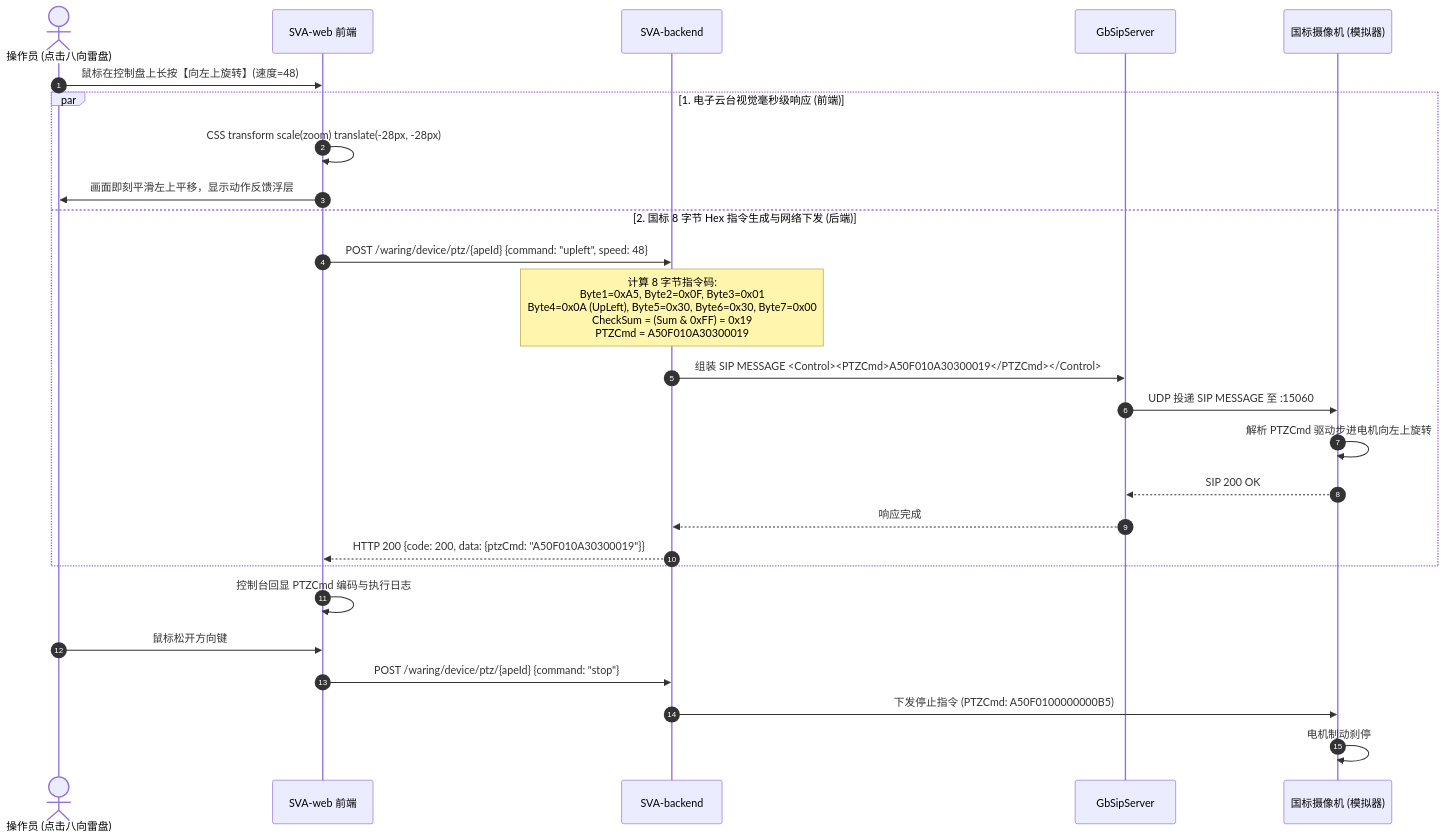
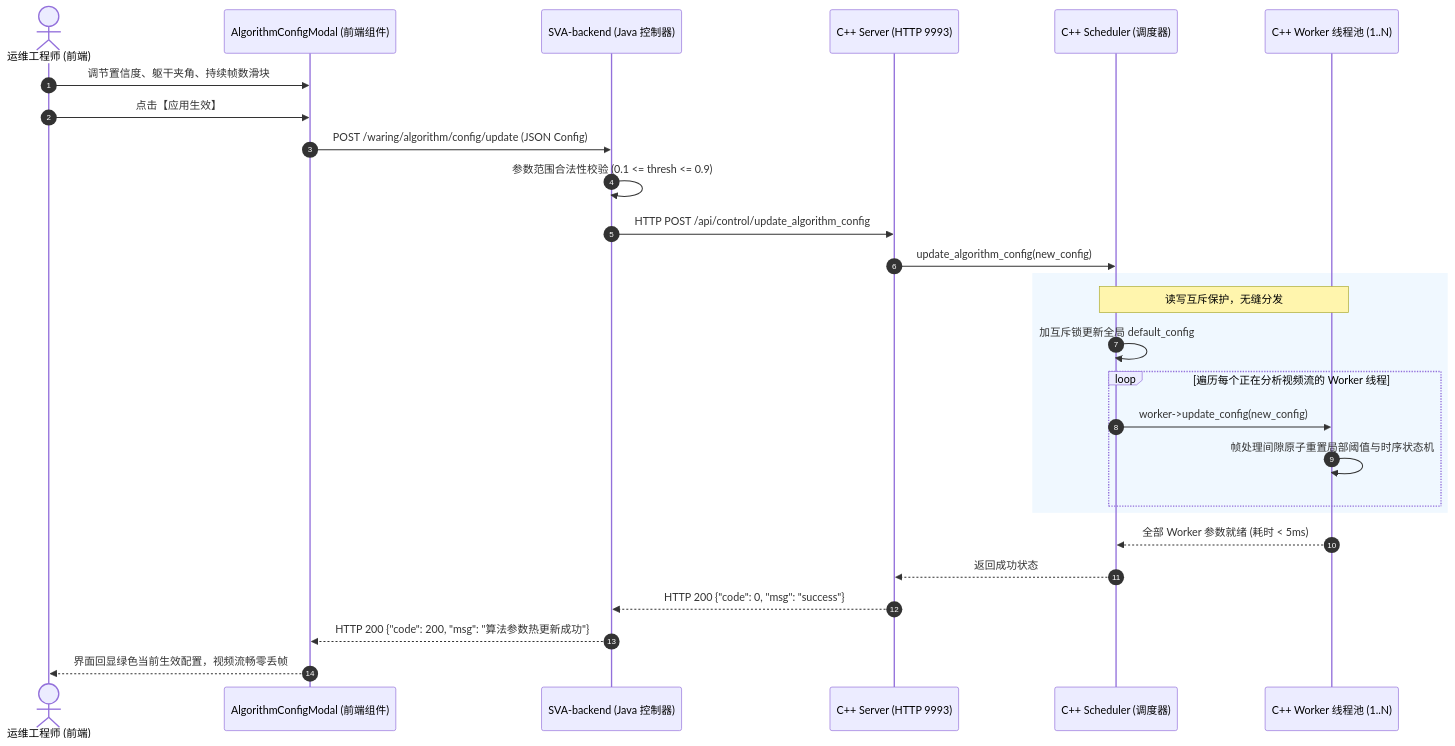
The third of 4 diagrams in docs/course_deliverables/09_架构图.md (Elaina168/easySVA), drawn with Mermaid before and after one commit. The commit also changed other lines of this file and 10 other files, not shown here.

Commit message:
docs: 交付 v2.5 全套软件工程设计、测试与运维规范文档及架构图集

````diff
--- a/docs/course_deliverables/09_架构图.md
+++ b/docs/course_deliverables/09_架构图.md
@@ -221,32 +142,30 @@
 ```mermaid
 sequenceDiagram
     autonumber
-    actor User as 操作员 (点击八向雷盘)
-    participant Web as SVA-web 前端
-    participant Java as SVA-backend
-    participant SIP as GbSipServer
-    participant IPC as 国标摄像机 (模拟器)
+    actor Engineer as 运维工程师 (前端)
+    participant UI as AlgorithmConfigModal (前端组件)
+    participant Java as SVA-backend (Java 控制器)
+    participant Server as C++ Server (HTTP 9993)
+    participant Sched as C++ Scheduler (调度器)
+    participant Worker as C++ Worker 线程池 (1..N)
 
-    User->>Web: 鼠标在控制盘上长按【向左上旋转】(速度=48)
-    
-    par 1. 电子云台视觉毫秒级响应 (前端)
-        Web->>Web: CSS transform scale(zoom) translate(-28px, -28px)
-        Web->>User: 画面即刻平滑左上平移，显示动作反馈浮层
-    and 2. 国标 8 字节 Hex 指令生成与网络下发 (后端)
-        Web->>Java: POST /waring/device/ptz/{apeId} {command: "upleft", speed: 48}
-        Note over Java: 计算 8 字节指令码:<br/>Byte1=0xA5, Byte2=0x0F, Byte3=0x01<br/>Byte4=0x0A (UpLeft), Byte5=0x30, Byte6=0x30, Byte7=0x00<br/>CheckSum = (Sum & 0xFF) = 0x19<br/>PTZCmd = A50F010A30300019
-        Java->>SIP: 组装 SIP MESSAGE <Control><PTZCmd>A50F010A30300019</PTZCmd></Control>
-        SIP->>IPC: UDP 投递 SIP MESSAGE 至 :15060
-        IPC->>IPC: 解析 PTZCmd 驱动步进电机向左上旋转
-        IPC-->>SIP: SIP 200 OK
-        SIP-->>Java: 响应完成
-        Java-->>Web: HTTP 200 {code: 200, data: {ptzCmd: "A50F010A30300019"}}
+    Engineer->>UI: 调节置信度、躯干夹角、持续帧数滑块
+    Engineer->>UI: 点击【应用生效】
+    UI->>Java: POST /waring/algorithm/config/update (JSON Config)
+    Java->>Java: 参数范围合法性校验 (0.1 <= thresh <= 0.9)
+    Java->>Server: HTTP POST /api/control/update_algorithm_config
+    Server->>Sched: update_algorithm_config(new_config)
+    rect rgb(240, 248, 255)
+        Note over Sched,Worker: 读写互斥保护，无缝分发
+        Sched->>Sched: 加互斥锁更新全局 default_config
+        loop 遍历每个正在分析视频流的 Worker 线程
+            Sched->>Worker: worker->update_config(new_config)
+            Worker->>Worker: 帧处理间隙原子重置局部阈值与时序状态机
+        end
     end
-    
-    Web->>Web: 控制台回显 PTZCmd 编码与执行日志
-    
-    User->>Web: 鼠标松开方向键
-    Web->>Java: POST /waring/device/ptz/{apeId} {command: "stop"}
-    Java->>IPC: 下发停止指令 (PTZCmd: A50F0100000000B5)
-    IPC->>IPC: 电机制动刹停
+    Worker-->>Sched: 全部 Worker 参数就绪 (耗时 < 5ms)
+    Sched-->>Server: 返回成功状态
+    Server-->>Java: HTTP 200 {"code": 0, "msg": "success"}
+    Java-->>UI: HTTP 200 {"code": 200, "msg": "算法参数热更新成功"}
+    UI-->>Engineer: 界面回显绿色当前生效配置，视频流畅零丢帧
 ```
````
